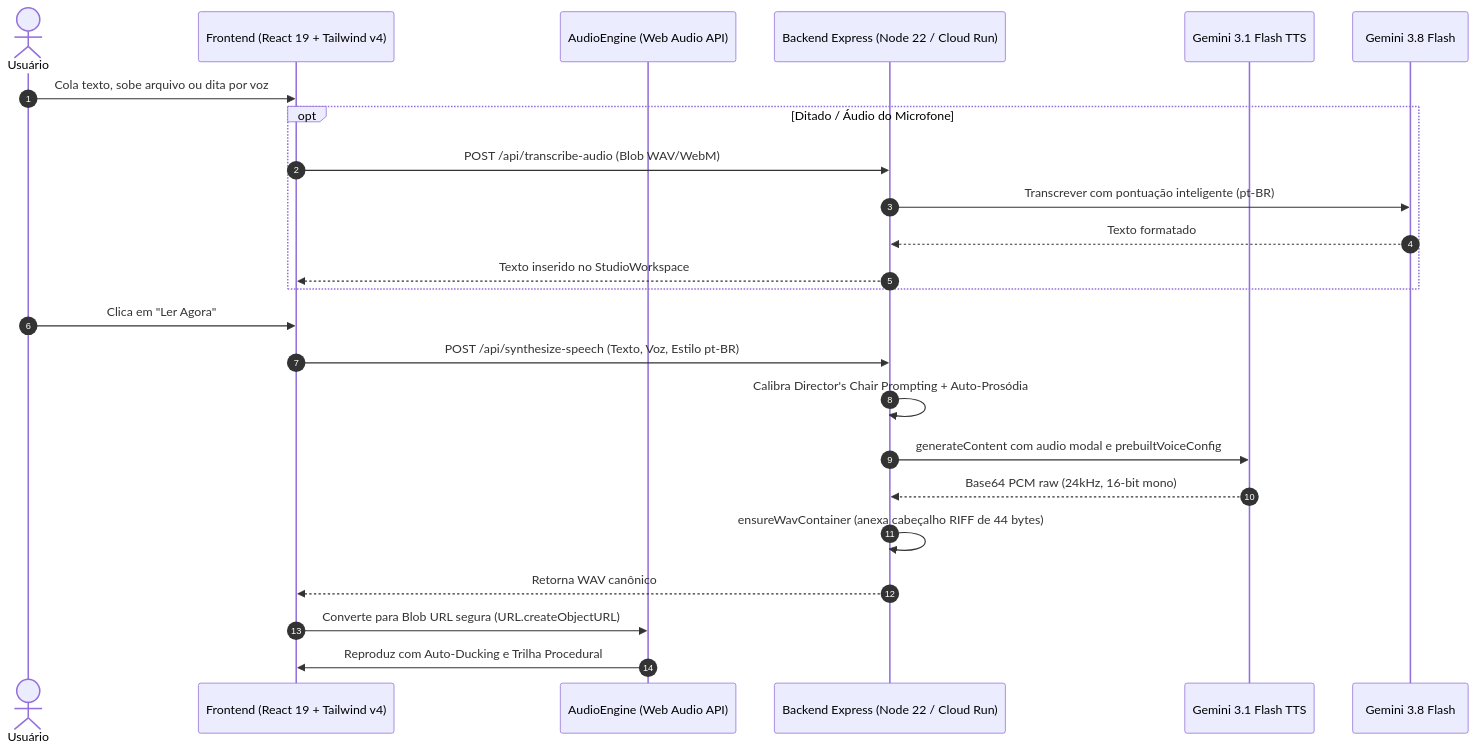
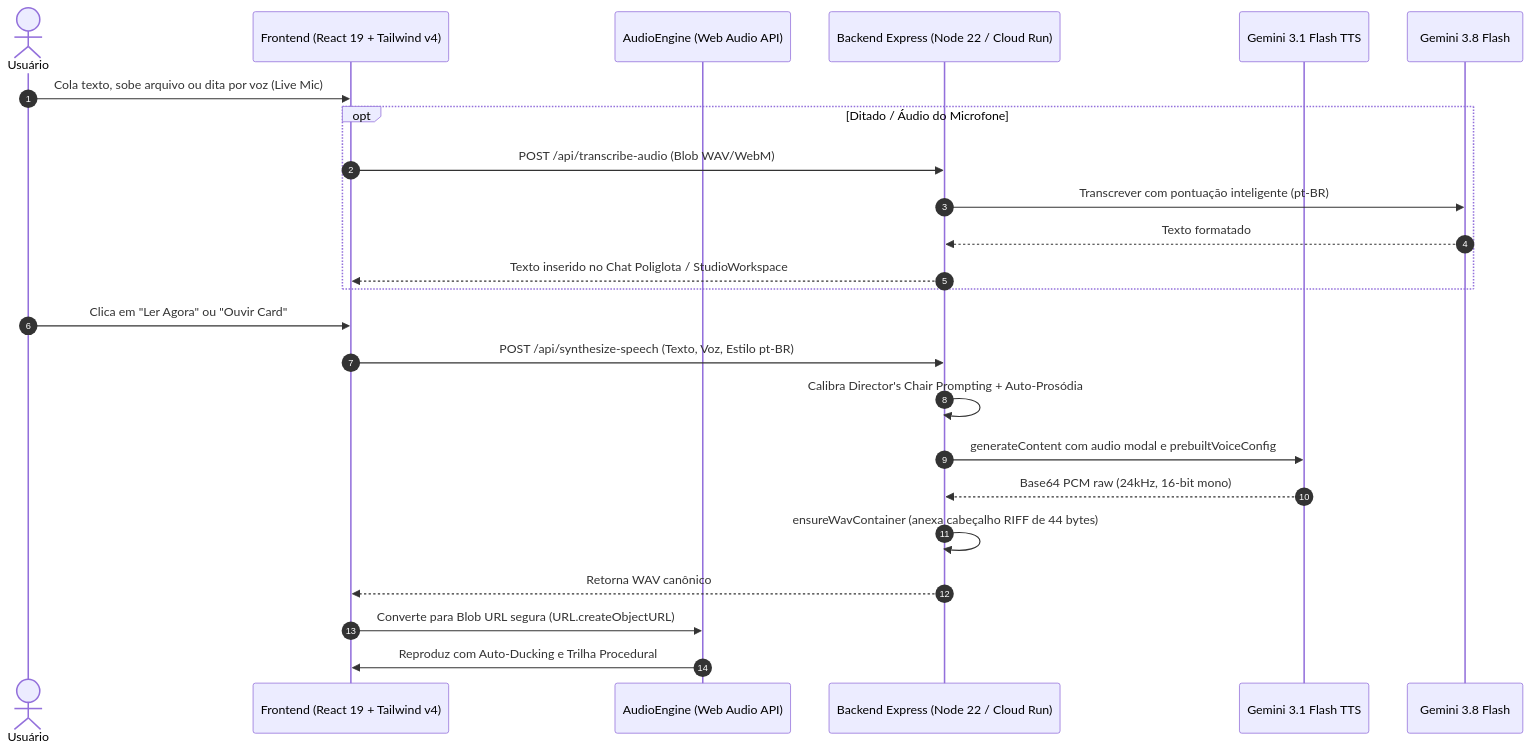
The second of 2 diagrams in design/design.md (melkidonadonmed-lgtm/mytts), drawn with Mermaid before and after one commit. The commit also changed other lines of this file and 57 other files, not shown here.

````diff
--- a/design/design.md
+++ b/design/design.md
@@ -59,28 +59,28 @@
 ```mermaid
 sequenceDiagram
     autonumber
     actor User as Usuário
     participant UI as Frontend (React 19 + Tailwind v4)
     participant Engine as AudioEngine (Web Audio API)
     participant Server as Backend Express (Node 22 / Cloud Run)
     participant GeminiTTS as Gemini 3.1 Flash TTS
     participant GeminiLLM as Gemini 3.8 Flash
     
-    User->>UI: Cola texto, sobe arquivo ou dita por voz
+    User->>UI: Cola texto, sobe arquivo ou dita por voz (Live Mic)
     opt Ditado / Áudio do Microfone
         UI->>Server: POST /api/transcribe-audio (Blob WAV/WebM)
         Server->>GeminiLLM: Transcrever com pontuação inteligente (pt-BR)
         GeminiLLM-->>Server: Texto formatado
-        Server-->>UI: Texto inserido no StudioWorkspace
+        Server-->>UI: Texto inserido no Chat Poliglota / StudioWorkspace
     end
     
-    User->>UI: Clica em "Ler Agora"
+    User->>UI: Clica em "Ler Agora" ou "Ouvir Card"
     UI->>Server: POST /api/synthesize-speech (Texto, Voz, Estilo pt-BR)
     Server->>Server: Calibra Director's Chair Prompting + Auto-Prosódia
     Server->>GeminiTTS: generateContent com audio modal e prebuiltVoiceConfig
     GeminiTTS-->>Server: Base64 PCM raw (24kHz, 16-bit mono)
     Server->>Server: ensureWavContainer (anexa cabeçalho RIFF de 44 bytes)
     Server-->>UI: Retorna WAV canônico
     UI->>Engine: Converte para Blob URL segura (URL.createObjectURL)
     Engine->>UI: Reproduz com Auto-Ducking e Trilha Procedural
 ```
````
